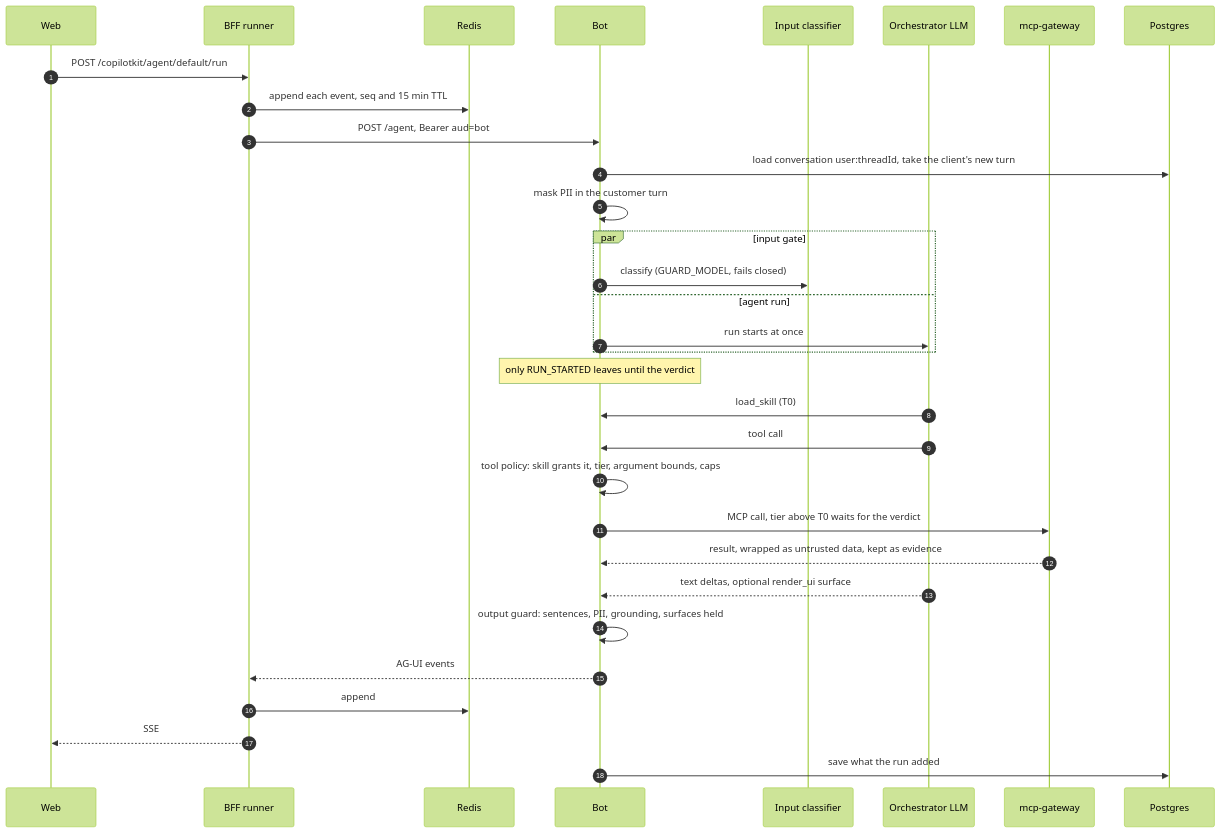
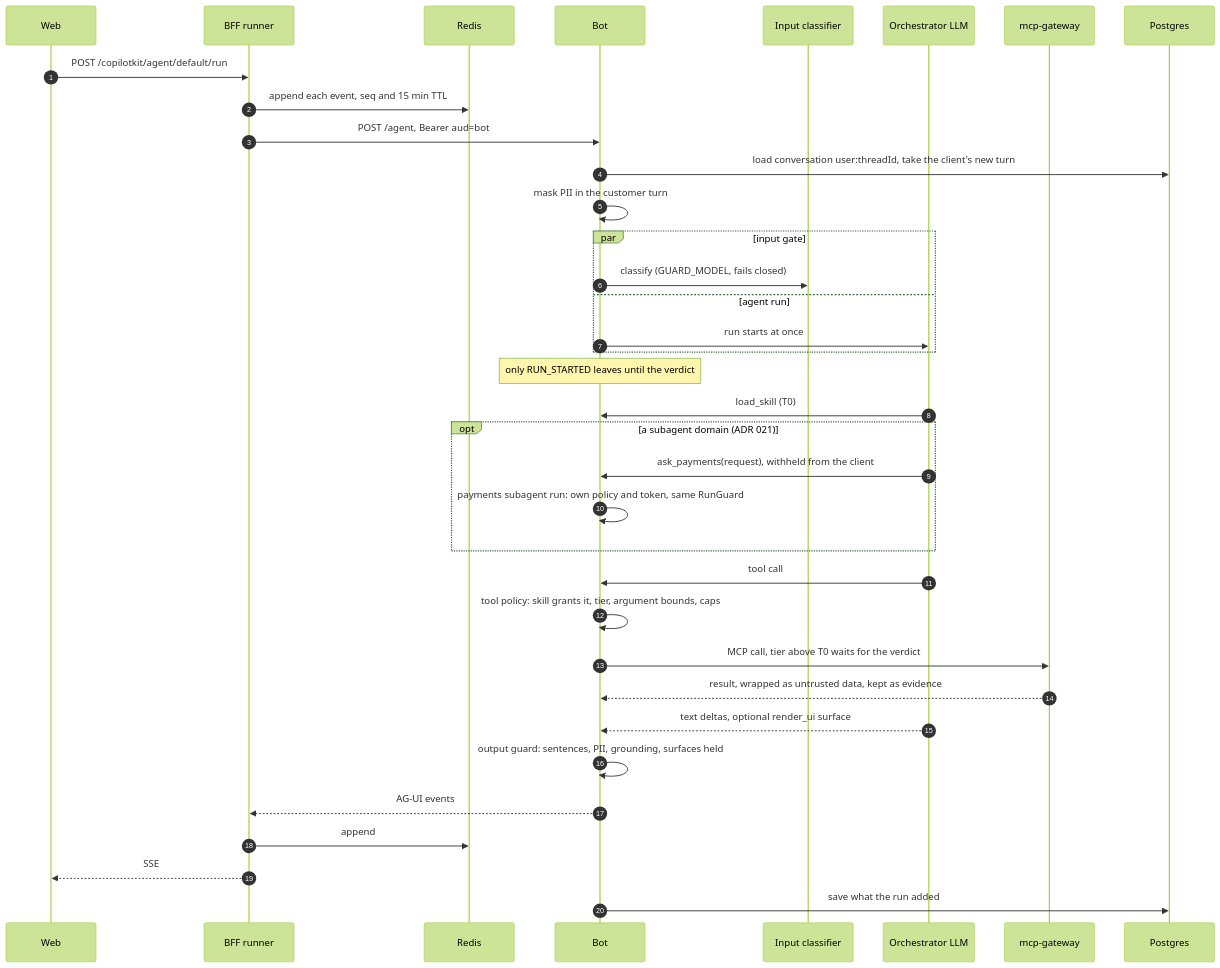
One commit to juanagu/countersign changed the third of 7 diagrams in docs/architecture.md. Above: the diagram before and after it, drawn with Mermaid (forest theme). The commit also changed other lines of this file and 75 other files, not shown here.

First line of the commit message:
feat(f63): payments as an in-process domain subagent, the orchestrator keeps T3 (#28)

````diff
--- a/docs/architecture.md
+++ b/docs/architecture.md
@@ -141,35 +146,39 @@
 ```mermaid
 sequenceDiagram
   autonumber
   participant W as Web
   participant F as BFF runner
   participant R as Redis
   participant T as Bot
   participant C as Input classifier
   participant M as Orchestrator LLM
   participant G as mcp-gateway
   participant P as Postgres
 
   W->>F: POST /copilotkit/agent/default/run
   F->>R: append each event, seq and 15 min TTL
   F->>T: POST /agent, Bearer aud=bot
   T->>P: load conversation user:threadId, take the client's new turn
   T->>T: mask PII in the customer turn
   par input gate
     T->>C: classify (GUARD_MODEL, fails closed)
   and agent run
     T->>M: run starts at once
   end
   Note over T: only RUN_STARTED leaves until the verdict
   M->>T: load_skill (T0)
+  opt a subagent domain (ADR 021)
+    M->>T: ask_payments(request), withheld from the client
+    T->>T: payments subagent run: own policy and token, same RunGuard
+  end
   M->>T: tool call
   T->>T: tool policy: skill grants it, tier, argument bounds, caps
   T->>G: MCP call, tier above T0 waits for the verdict
   G-->>T: result, wrapped as untrusted data, kept as evidence
   M-->>T: text deltas, optional render_ui surface
   T->>T: output guard: sentences, PII, grounding, surfaces held
   T-->>F: AG-UI events
   F->>R: append
   F-->>W: SSE
   T->>P: save what the run added
 ```
````
